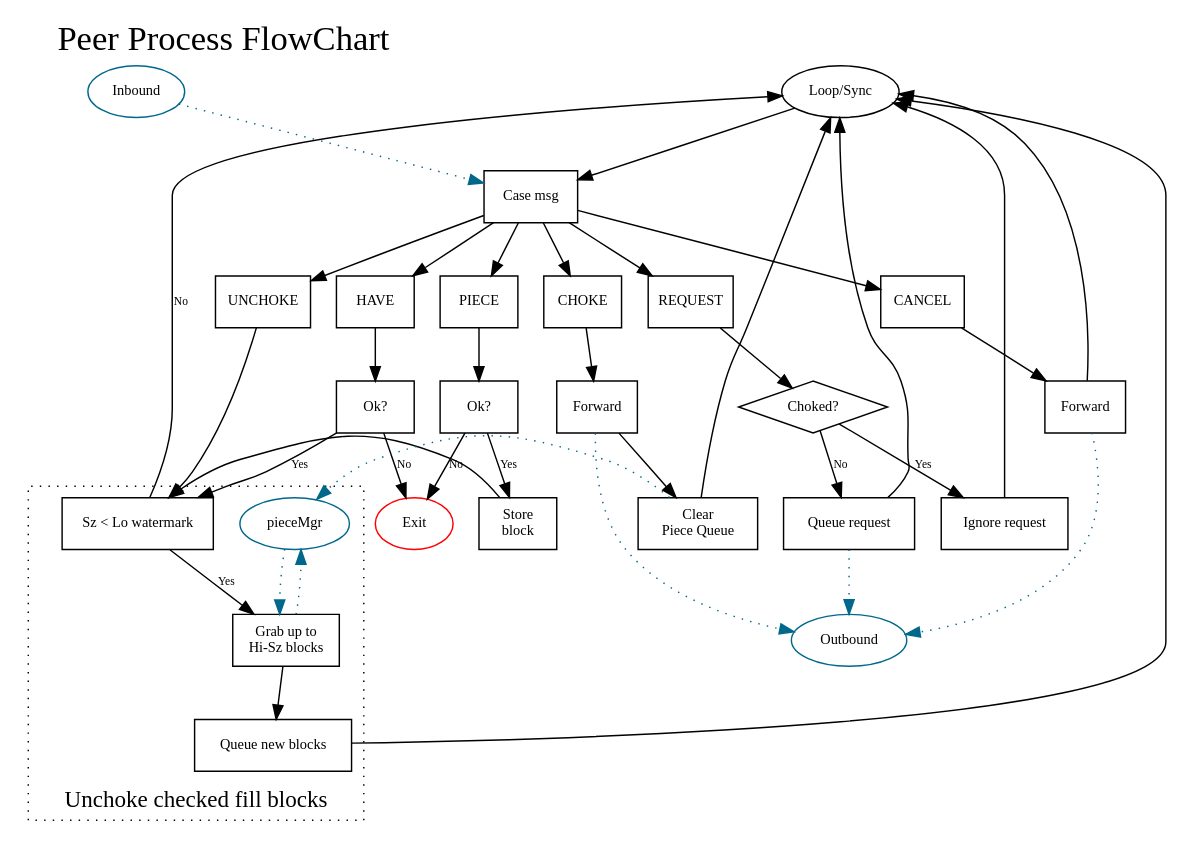
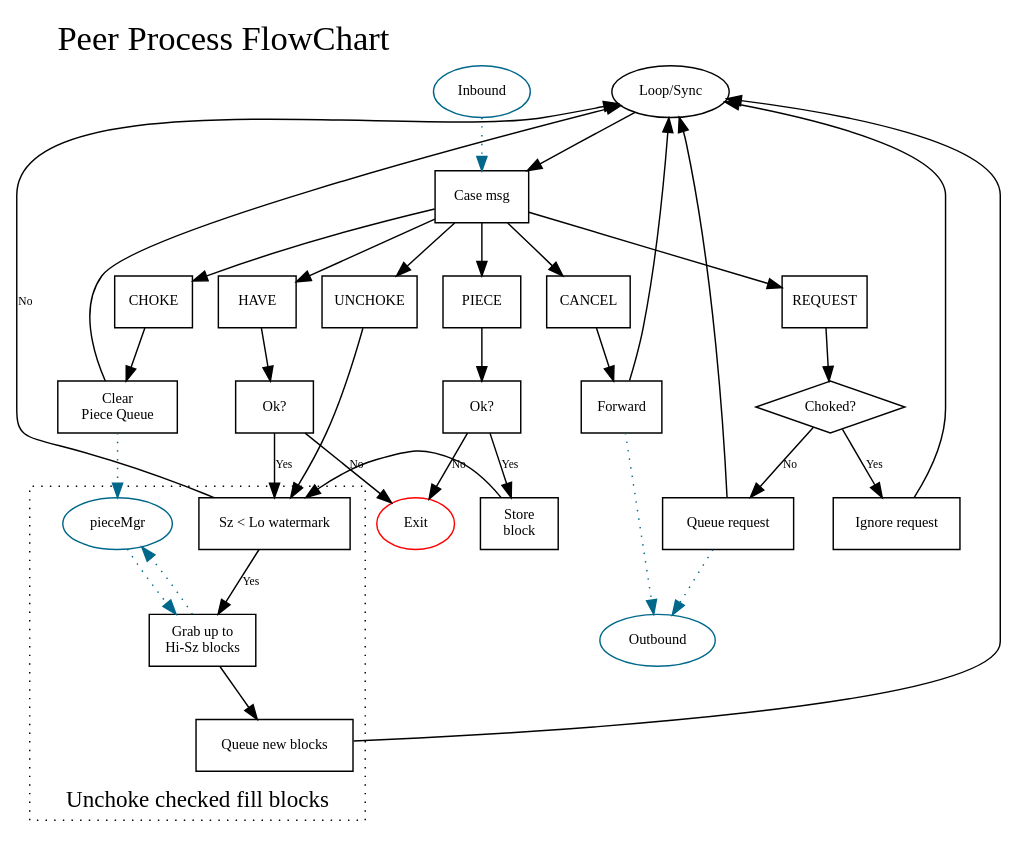
The diagram in doc/Peer.dot (jlouis/combinatorrent), drawn with Graphviz before and after one commit.

Commit message:
An error had snuck into the flow chart on the choke message.
We should not forward a choke message to the other side if we recieve it from
him. Rather, we should just silently dequeue everything requested from the other
side but not here yet.

```diff
--- a/doc/Peer.dot
+++ b/doc/Peer.dot
@@ -1,120 +1,117 @@
 digraph {
 	node [fontname="URW Gothic L",fontsize=10];
 	edge [fontname="URW Gothic L",fontsize=8];
 
 	labeljust = l;
 	labelloc = t;
 
 	fontsize = 24;
 	fontname="URW Gothic L";
 	label = "Peer Process FlowChart";
 
 
 	// External communication
 	{ rank=same;
 	  inbound [label="Inbound", shape=ellipse,color=deepskyblue4];
 	  loop [label="Loop/Sync"];
         }
 
 	outbound [label="Outbound", shape=ellipse,color=deepskyblue4];
 	pieceMgr [lable="Piece Mgr",shape=ellipse,color=deepskyblue4];
 
 	exit [label="Exit",color=red];
 
 	node [shape=box];
 
 	// Loop
 	caseMsg [label="Case msg"];
 
 	inbound -> caseMsg [style=dotted,color=deepskyblue4];
 	loop -> caseMsg;
 
 	{ rank=same;
 	  piece [label="PIECE"];
 	  have [label="HAVE"];
 	  cancel [label="CANCEL"];
 	  unchoke [label="UNCHOKE"];
 	  choke [label="CHOKE"];
 	  request [label="REQUEST"];
         }
 
 	// Piece
 	pieceOk [label="Ok?"];
 	pieceStore [label="Store\nblock"];
 
 	piece -> pieceOk;
 	pieceOk -> exit [label="No"];
 	pieceOk -> pieceStore [label="Yes"];
 
 	pieceStore -> sizeCheck;
 
 	caseMsg -> piece;
 
 	// Have
 	haveOk [label="Ok?"];
 
 	caseMsg -> have;
 	have -> haveOk;
 	haveOk -> exit [label="No"];
 	haveOk -> sizeCheck [label="Yes"];
 
 	// Cancel
 	cancelForward [label="Forward"];
 
 	caseMsg -> cancel;
 	cancel -> cancelForward;
 	cancelForward -> loop;
 	cancelForward -> outbound [style="dotted",color=deepskyblue4];
 
 	// Unchoke
 	caseMsg -> unchoke;
 	unchoke -> sizeCheck;
 
 	// Choke
-	chokeForward [label="Forward"];
 	clearPieceQueue [label="Clear\nPiece Queue"];
 
 	caseMsg -> choke;
-	choke -> chokeForward;
-	chokeForward -> clearPieceQueue;
-	chokeForward -> outbound [style=dotted,color=deepskyblue4];
+	choke -> clearPieceQueue;
 	clearPieceQueue -> pieceMgr [style=dotted,color=deepskyblue4];
 	clearPieceQueue -> loop;
 
 	// Request
 	requestChoked [label="Choked?",shape=diamond];
 	requestIgnore [label="Ignore request"];
 	queueRequest  [label="Queue request"];
 
 	caseMsg -> request;
 	request -> requestChoked;
 	requestChoked -> requestIgnore [label="Yes"];
 	requestIgnore -> loop;
 
 	requestChoked -> queueRequest [label="No"];
 
 	queueRequest -> loop;
 	queueRequest -> outbound [style=dotted,color=deepskyblue4];
 
 
 
 	subgraph cluster_fill_blocks {
 		 fontsize = 16;
 		 style = "dotted";
 		 labelloc=b
 		 label = "Unchoke checked fill blocks";
 
 		 sizeCheck [label="Sz < Lo watermark"];
 		 grabBlocks [label="Grab up to\nHi-Sz blocks"];
 		 queueBlocks [label="Queue new blocks"];
 
 		 sizeCheck -> loop [label="No"];
 		 sizeCheck -> grabBlocks [label="Yes"];
 
 		 grabBlocks -> pieceMgr [style=dotted,color=deepskyblue4];
 		 pieceMgr -> grabBlocks [style=dotted,color=deepskyblue4];
 
 		 grabBlocks -> queueBlocks;
 		 queueBlocks -> loop;
 	}
 }
```
